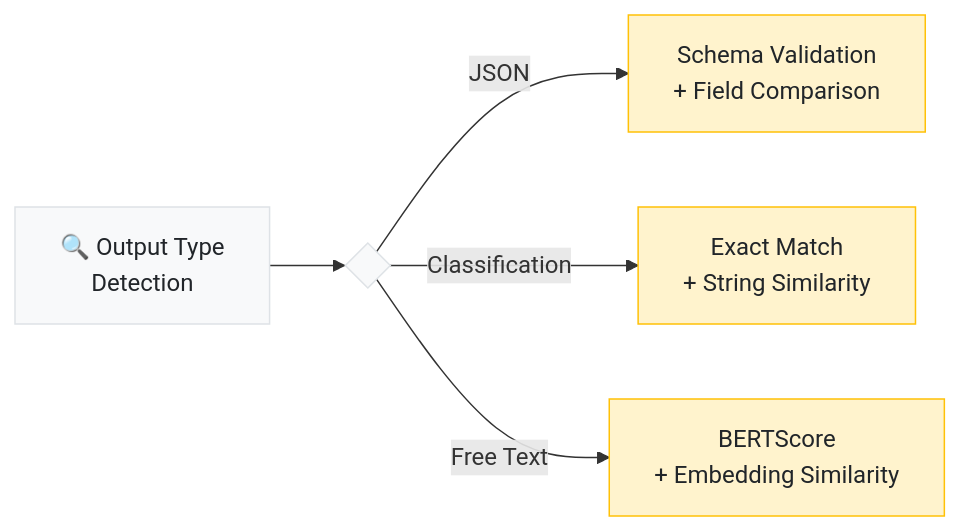
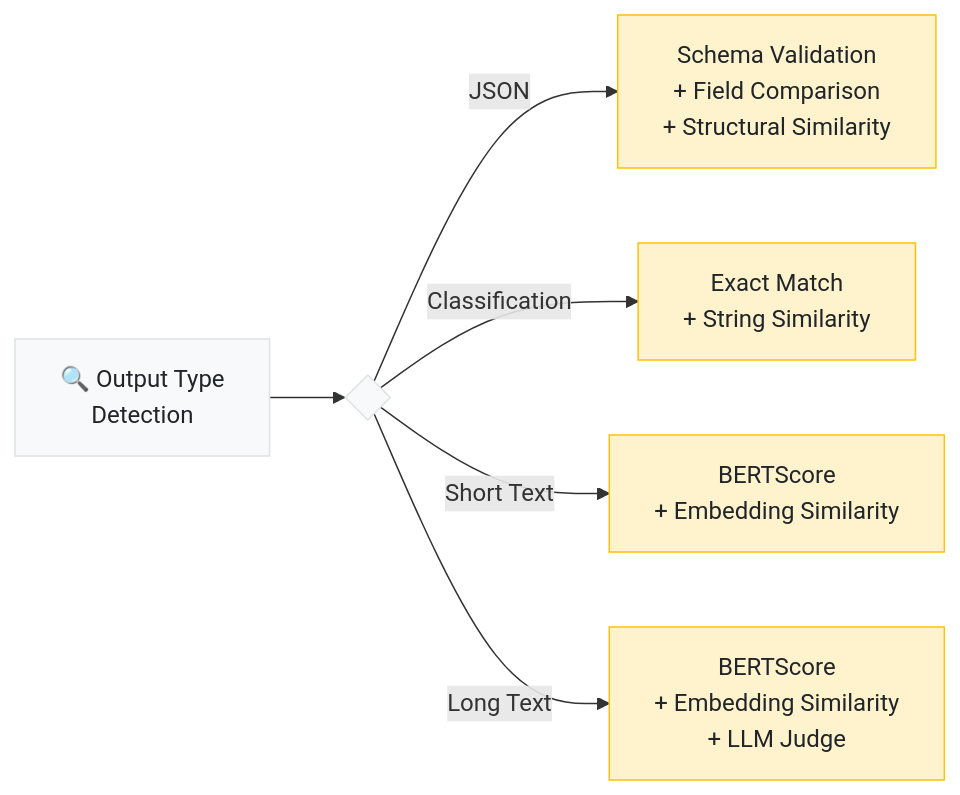
One commit to ashwinchidambaram/rosettastone changed the second of 2 diagrams in README.md. Above: the diagram before and after it, drawn with Mermaid. The commit also changed other lines of this file, not shown here.

````diff
--- a/README.md
+++ b/README.md
@@ -159,13 +194,15 @@
 ```mermaid
 flowchart LR
     A["🔍 Output Type\nDetection"] --> B{" "}
-    B -->|JSON| C["Schema Validation\n+ Field Comparison"]
+    B -->|JSON| C["Schema Validation\n+ Field Comparison\n+ Structural Similarity"]
     B -->|Classification| D["Exact Match\n+ String Similarity"]
-    B -->|Free Text| E["BERTScore\n+ Embedding Similarity"]
+    B -->|Short Text| E["BERTScore\n+ Embedding Similarity"]
+    B -->|Long Text| F["BERTScore\n+ Embedding Similarity\n+ LLM Judge"]
 
     style A fill:#f8f9fa,stroke:#dee2e6,color:#212529
     style B fill:#f8f9fa,stroke:#dee2e6,color:#212529
     style C fill:#fff3cd,stroke:#ffc107,color:#212529
     style D fill:#fff3cd,stroke:#ffc107,color:#212529
     style E fill:#fff3cd,stroke:#ffc107,color:#212529
+    style F fill:#fff3cd,stroke:#ffc107,color:#212529
 ```
````
